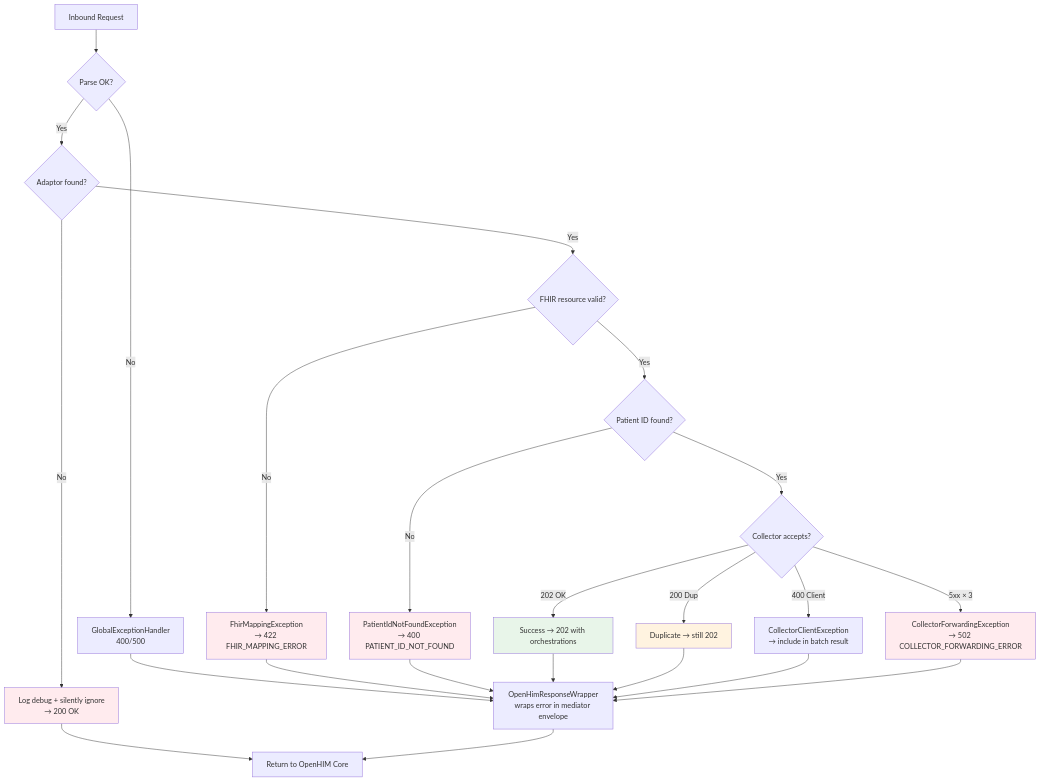
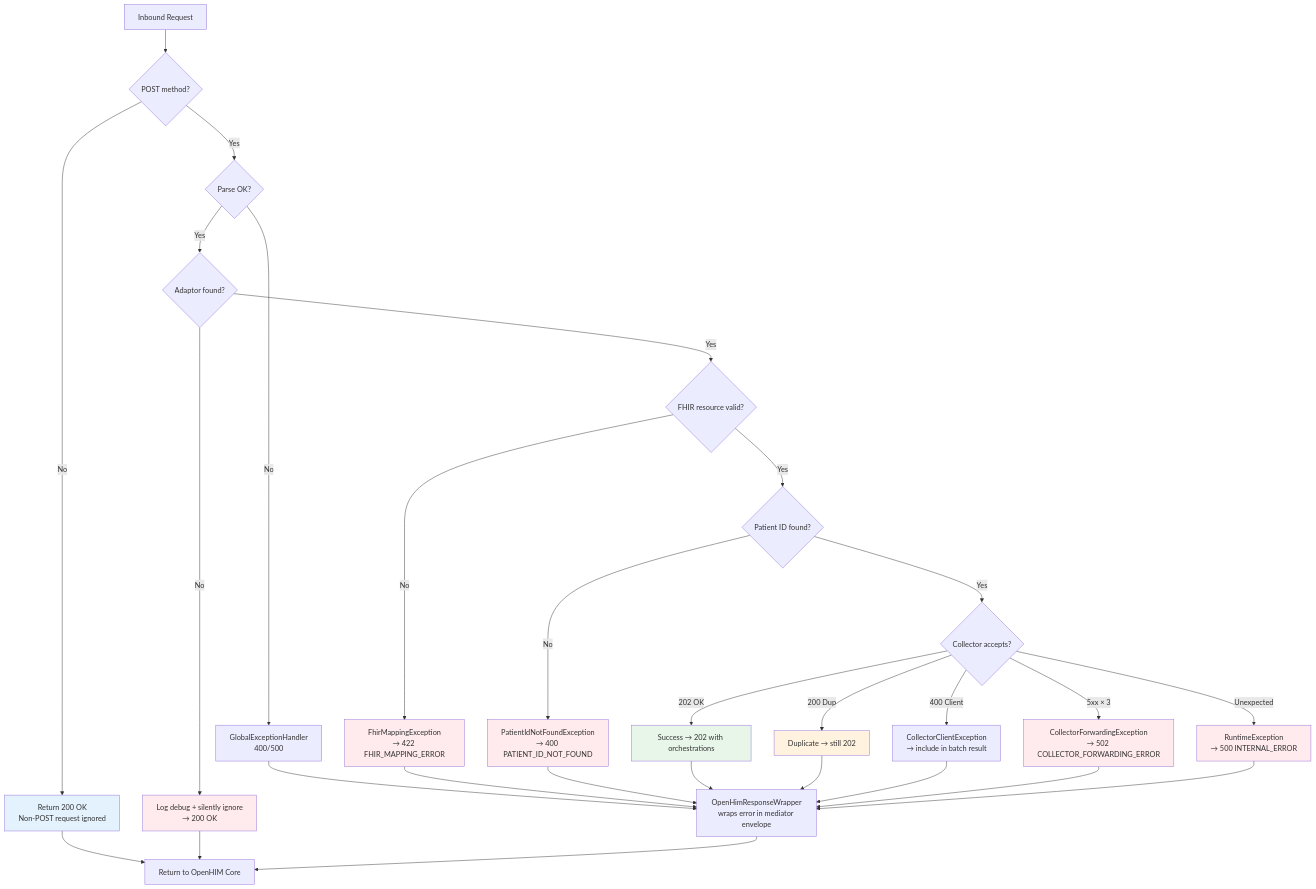
The sixth of 8 diagrams in docs/flow-diagrams.md (Jayaprakash8887/openhim-cce-emitter-adaptor), drawn with Mermaid before and after one commit. The commit also changed other lines of this file and 12 other files, not shown here.

````diff
--- a/docs/flow-diagrams.md
+++ b/docs/flow-diagrams.md
@@ -202,39 +206,47 @@
 ```mermaid
 flowchart TD
-    A[Inbound Request] --> B{Parse OK?}
+    A[Inbound Request] --> AA{POST method?}
+
+    AA -->|No| AB[Return 200 OK<br/>Non-POST request ignored]
+    AA -->|Yes| B{Parse OK?}
 
     B -->|No| C[GlobalExceptionHandler<br/>400/500]
     B -->|Yes| D{Adaptor found?}
 
     D -->|No| E[Log debug + silently ignore<br/>→ 200 OK]
     D -->|Yes| F{FHIR resource valid?}
 
     F -->|No| G[FhirMappingException<br/>→ 422 FHIR_MAPPING_ERROR]
     F -->|Yes| H{Patient ID found?}
 
     H -->|No| I[PatientIdNotFoundException<br/>→ 400 PATIENT_ID_NOT_FOUND]
     H -->|Yes| J{Collector accepts?}
 
     J -->|202 OK| K[Success → 202 with orchestrations]
     J -->|200 Dup| L[Duplicate → still 202]
     J -->|400 Client| M[CollectorClientException<br/>→ include in batch result]
     J -->|5xx × 3| N[CollectorForwardingException<br/>→ 502 COLLECTOR_FORWARDING_ERROR]
+    J -->|Unexpected| UE[RuntimeException<br/>→ 500 INTERNAL_ERROR]
 
+    AB --> P
     C --> O[OpenHimResponseWrapper<br/>wraps error in mediator envelope]
     E --> P
     G --> O
     I --> O
     K --> O
     L --> O
     M --> O
     N --> O
+    UE --> O
 
     O --> P[Return to OpenHIM Core]
 
     style K fill:#e8f5e9
     style L fill:#fff3e0
+    style AB fill:#e3f2fd
     style E fill:#ffebee
     style G fill:#ffebee
     style I fill:#ffebee
     style N fill:#ffebee
+    style UE fill:#ffebee
 ```
````
